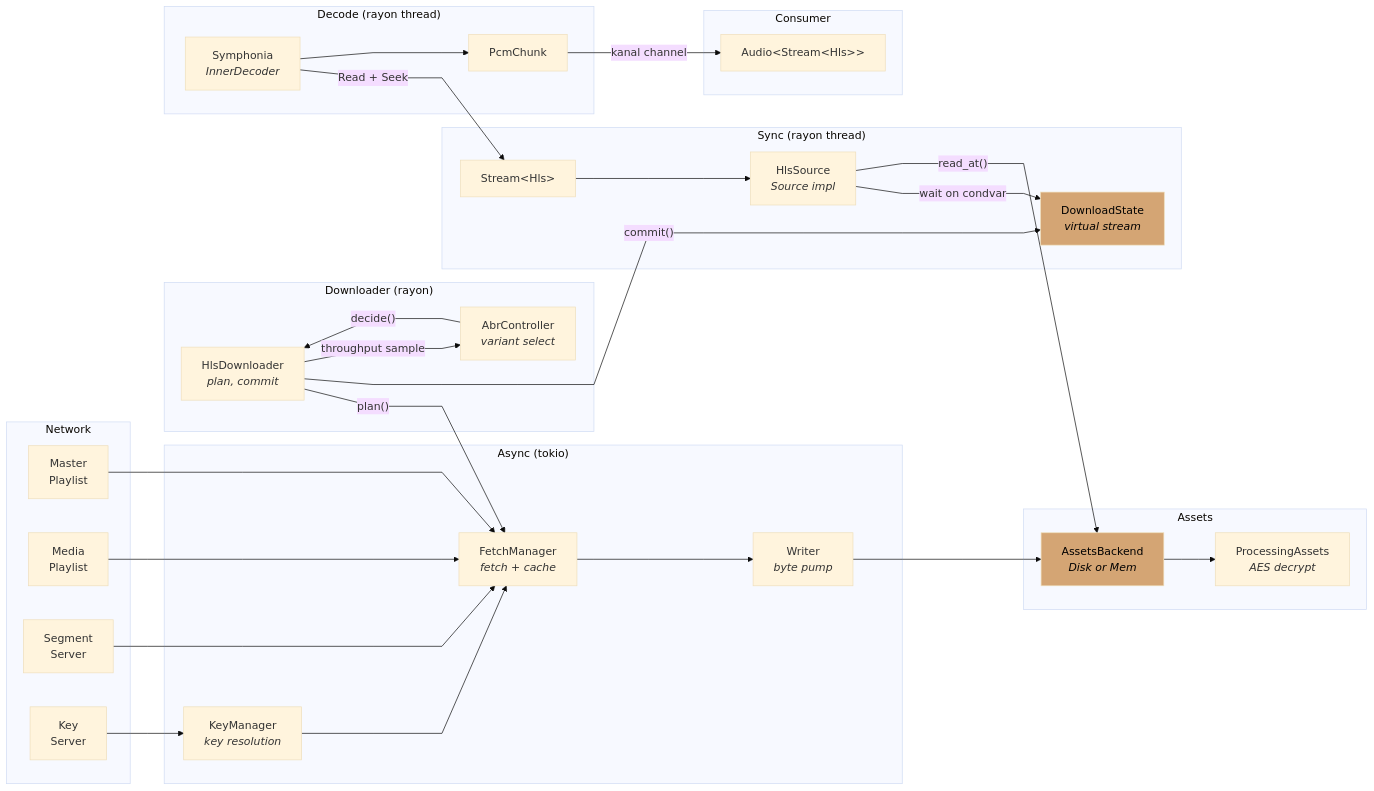
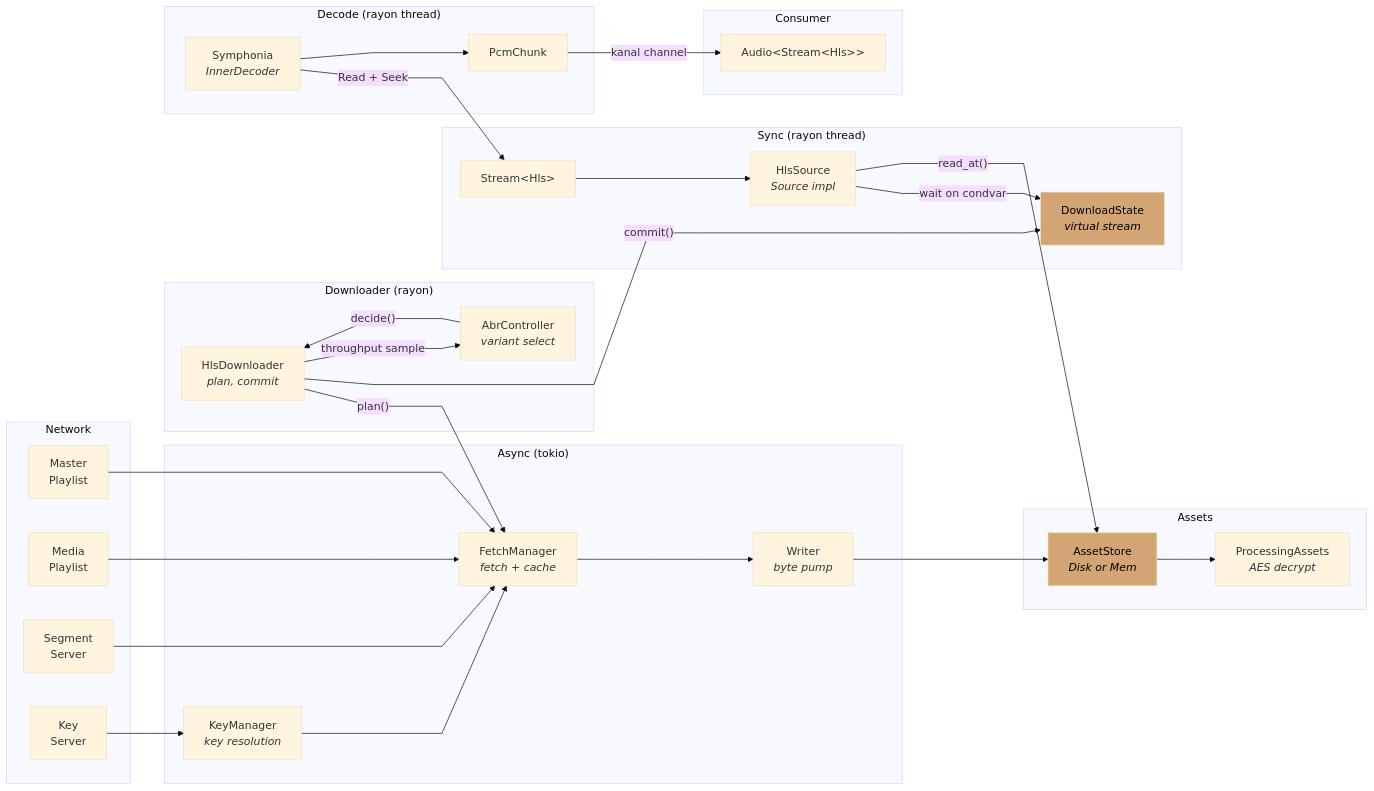
One commit to zvuk/kithara changed the first of 3 diagrams in crates/kithara-hls/README.md. Above: the diagram before and after it, drawn with Mermaid (base theme). The commit also changed other lines of this file and 19 other files, not shown here.

Commit message:
refactor(assets): unify store backend and gate decorators by capability

````diff
--- a/crates/kithara-hls/README.md
+++ b/crates/kithara-hls/README.md
@@ -30,63 +30,63 @@
 ```mermaid
 %%{init: {"flowchart": {"curve": "linear"}} }%%
 flowchart LR
     subgraph Network
         MasterPL["Master<br/>Playlist"]
         MediaPL["Media<br/>Playlist"]
         SegSrv["Segment<br/>Server"]
         KeySrv["Key<br/>Server"]
     end
 
     subgraph "Async (tokio)"
         FM["FetchManager<br/><i>fetch + cache</i>"]
         KM["KeyManager<br/><i>key resolution</i>"]
         W["Writer<br/><i>byte pump</i>"]
     end
 
     subgraph "Downloader (rayon)"
         DL["HlsDownloader<br/><i>plan, commit</i>"]
         ABR["AbrController<br/><i>variant select</i>"]
     end
 
     subgraph "Assets"
-        AB["AssetsBackend<br/><i>Disk or Mem</i>"]
+        AB["AssetStore<br/><i>Disk or Mem</i>"]
         Proc["ProcessingAssets<br/><i>AES decrypt</i>"]
     end
 
     subgraph "Sync (rayon thread)"
         HS["HlsSource<br/><i>Source impl</i>"]
         SI["DownloadState<br/><i>virtual stream</i>"]
         StreamH["Stream&lt;Hls&gt;"]
     end
 
     subgraph "Decode (rayon thread)"
         Dec["Symphonia<br/><i>InnerDecoder</i>"]
         PCM2["PcmChunk"]
     end
 
     subgraph "Consumer"
         Audio2["Audio&lt;Stream&lt;Hls&gt;&gt;"]
     end
 
     MasterPL --> FM
     MediaPL --> FM
     SegSrv --> FM
     KeySrv --> KM
     KM --> FM
     FM --> W
     W --> AB
     AB --> Proc
     DL -- "plan()" --> FM
     DL -- "commit()" --> SI
     ABR -- "decide()" --> DL
     DL -- "throughput sample" --> ABR
     HS -- "wait on condvar" --> SI
     HS -- "read_at()" --> AB
     StreamH --> HS
     Dec -- "Read + Seek" --> StreamH
     Dec --> PCM2
     PCM2 -- "kanal channel" --> Audio2
 
     style SI fill:#d4a574,color:#000
     style AB fill:#d4a574,color:#000
 ```
````
